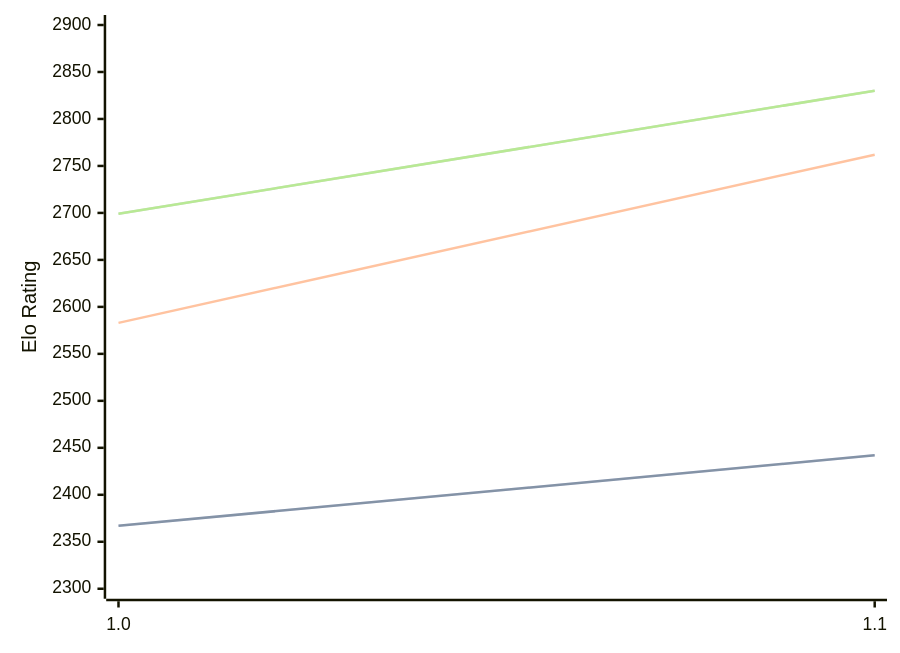
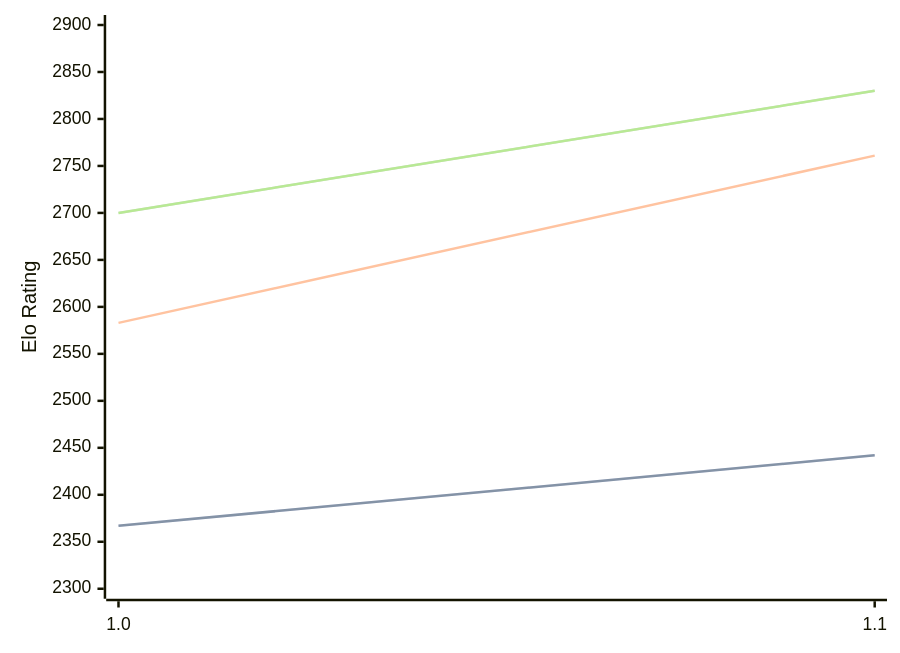
Before and after one commit to computer-chess-index/cci: the diagram in engines/FoxChess.md, drawn with Mermaid. The commit also changed other lines of this file, not shown here.

Commit message:
Update CCI Ratings (ELO VLTC) - 2026-05-12

````diff
--- a/engines/FoxChess.md
+++ b/engines/FoxChess.md
@@ -32,11 +32,11 @@
 ```mermaid
 %%{init: {"theme":"base","themeVariables":{"seriesColors:['#a3a3a3','#222221','#faa371']}}}%%
 xychart-beta
   x-axis ["1.0", "1.1"]
   y-axis "Elo Rating" 2300 --> 2900
   line "STC (8.0+0.08s)" [2367, 2442]
   line "STC (8.0+0.08s)" [2367, 2442]
-  line "LTC (60.0+0.60s)" [2583, 2762]
-  line "VLTC (2m24s+1.12s)" [2699, 2830]
-  line "VLTC (2m24s+1.12s)" [2699, 2830]
+  line "LTC (60.0+0.60s)" [2583, 2761]
+  line "VLTC (2m24s+1.12s)" [2700, 2830]
+  line "VLTC (2m24s+1.12s)" [2700, 2830]
 ```
````
